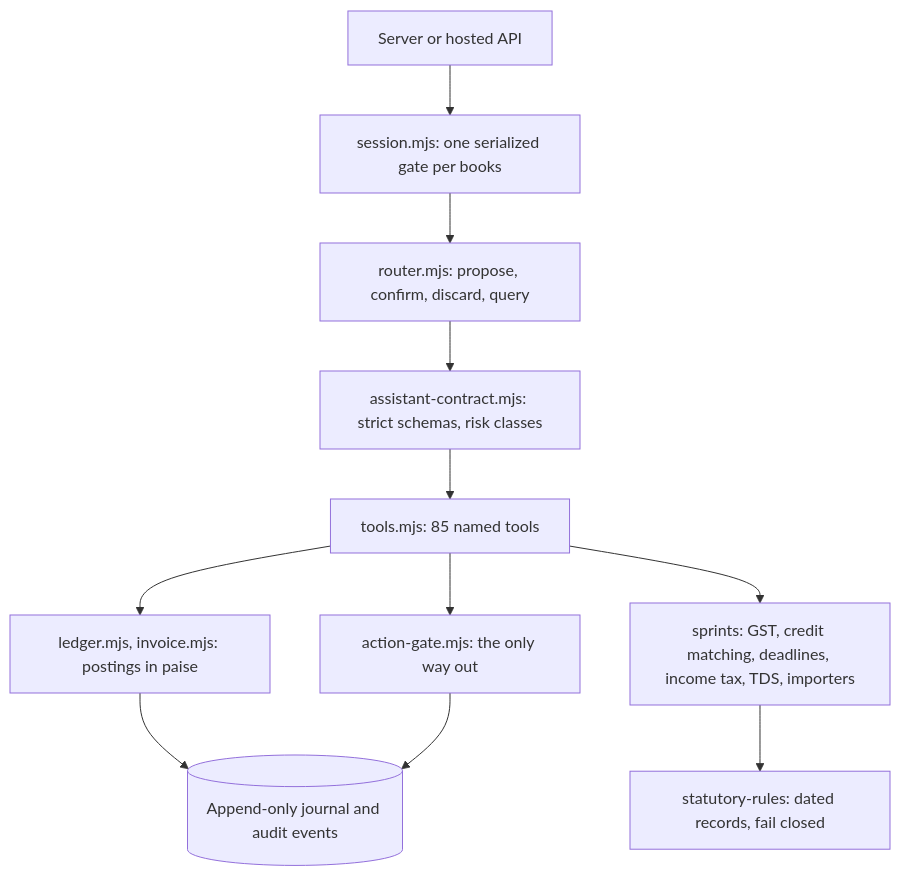
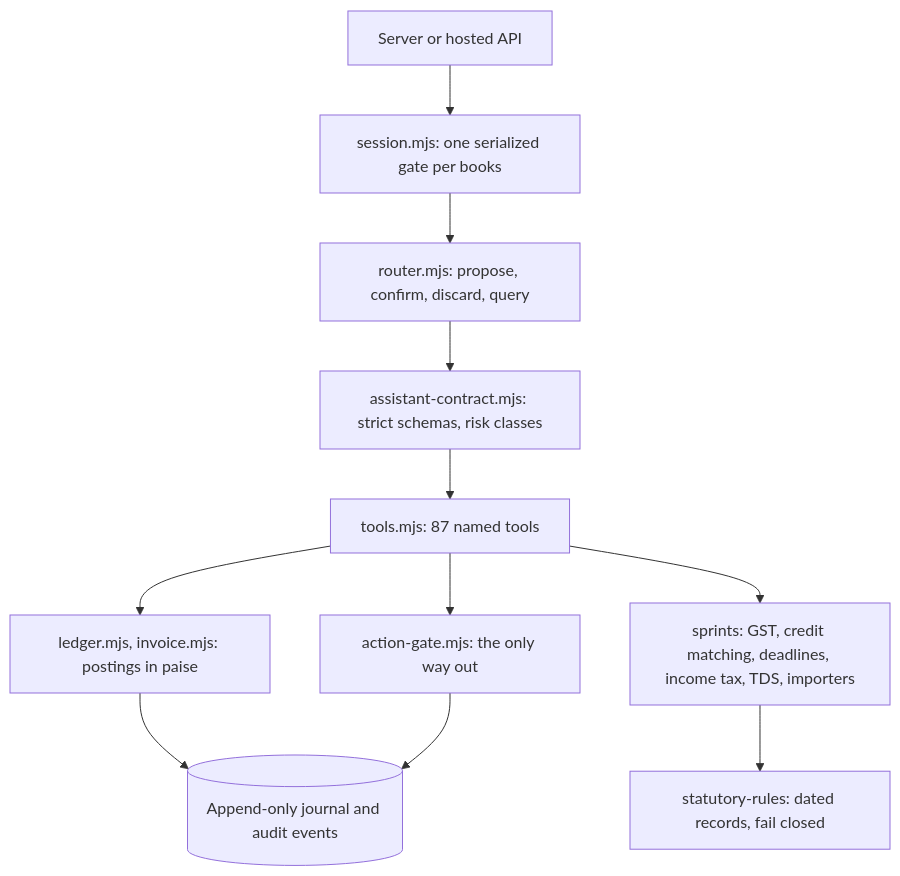
One commit to Vidyuthlabstechnologies/myca changed the second of 3 diagrams in docs/architecture/ARCHITECTURE.md. Above: the diagram before and after it, drawn with Mermaid. The commit also changed other lines of this file and 16 other files, not shown here.

````diff
--- a/docs/architecture/ARCHITECTURE.md
+++ b/docs/architecture/ARCHITECTURE.md
@@ -56,13 +56,13 @@
 ```mermaid
 flowchart TD
   caller[Server or hosted API] --> session[session.mjs: one serialized gate per books]
   session --> router[router.mjs: propose, confirm, discard, query]
   router --> contract[assistant-contract.mjs: strict schemas, risk classes]
-  contract --> tools[tools.mjs: 85 named tools]
+  contract --> tools[tools.mjs: 87 named tools]
   tools --> ledger[ledger.mjs, invoice.mjs: postings in paise]
   tools --> engines[sprints: GST, credit matching, deadlines, income tax, TDS, importers]
   tools --> gate[action-gate.mjs: the only way out]
   engines --> rules[statutory-rules: dated records, fail closed]
   ledger --> journal[(Append-only journal and audit events)]
   gate --> journal
 ```
````
